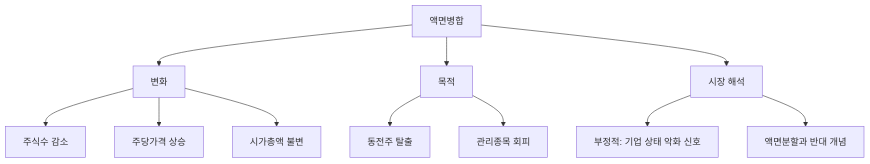
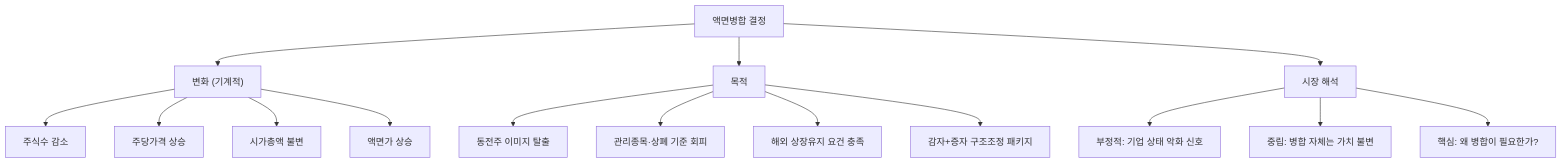
The diagram in content/stock-terms/ko/level-07-earnings/reverse-stock-split.md (yeongseon/stock-visual-note), drawn with Mermaid before and after one commit. The commit also changed other lines of this file and 9 other files, not shown here.

Commit message:
content: rewrite level-07 (10 articles) — richer diagrams, realistic scenarios, blog tone

````diff
--- a/content/stock-terms/ko/level-07-earnings/reverse-stock-split.md
+++ b/content/stock-terms/ko/level-07-earnings/reverse-stock-split.md
@@ -42,14 +41,18 @@
 ```mermaid
 graph TD
-    A["액면병합"]
-    A --> B["변화"]
+    A["액면병합 결정"]
+    A --> B["변화 (기계적)"]
     A --> C["목적"]
     A --> D["시장 해석"]
     B --> B1["주식수 감소"]
     B --> B2["주당가격 상승"]
     B --> B3["시가총액 불변"]
-    C --> C1["동전주 탈출"]
-    C --> C2["관리종목 회피"]
+    B --> B4["액면가 상승"]
+    C --> C1["동전주 이미지 탈출"]
+    C --> C2["관리종목·상폐 기준 회피"]
+    C --> C3["해외 상장유지 요건 충족"]
+    C --> C4["감자+증자 구조조정 패키지"]
     D --> D1["부정적: 기업 상태 악화 신호"]
-    D --> D2["액면분할과 반대 개념"]
+    D --> D2["중립: 병합 자체는 가치 불변"]
+    D --> D3["핵심: 왜 병합이 필요한가?"]
 ```
````
